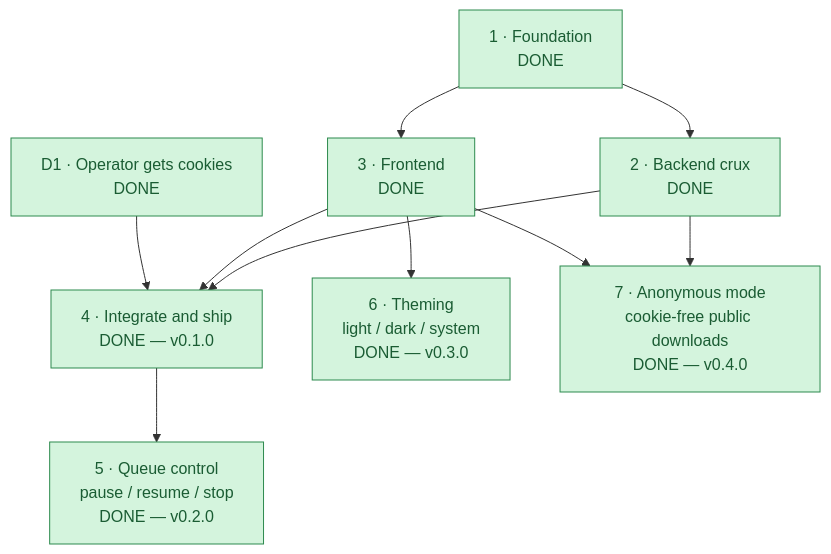
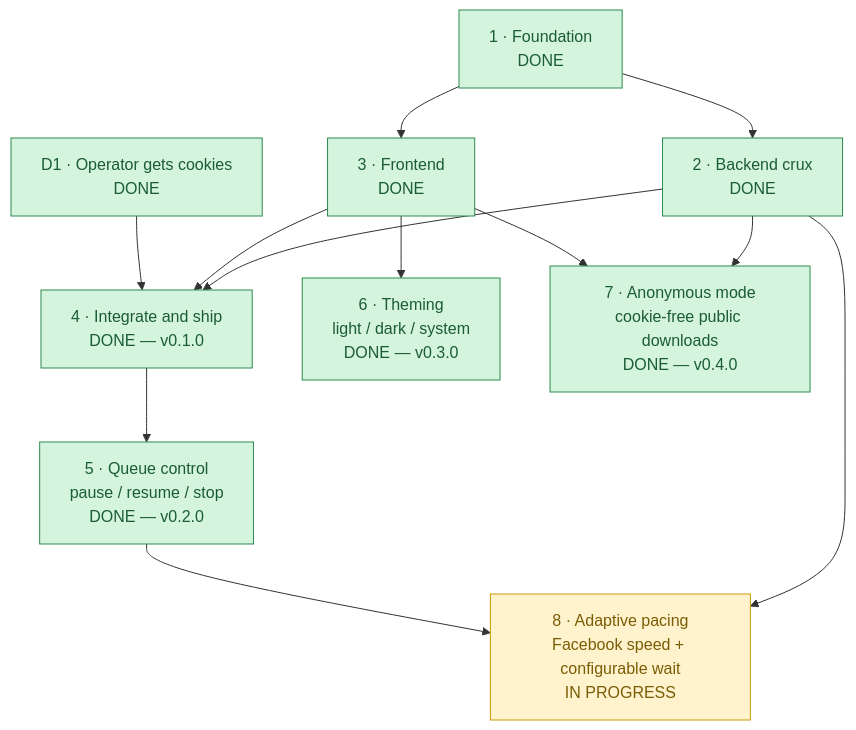
The diagram in ROADMAP.md (lumduan/gallery-dl-web), drawn with Mermaid before and after one commit. The commit also changed other lines of this file and 30 other files, not shown here.

````diff
--- a/ROADMAP.md
+++ b/ROADMAP.md
@@ -8,25 +8,28 @@
 ```mermaid
 flowchart TD
     P1["1 · Foundation<br/>DONE"] --> P2["2 · Backend crux<br/>DONE"]
     P1 --> P3["3 · Frontend<br/>DONE"]
     P2 --> P4["4 · Integrate and ship<br/>DONE — v0.1.0"]
     P3 --> P4
     D1["D1 · Operator gets cookies<br/>DONE"] --> P4
     P4 --> P5["5 · Queue control<br/>pause / resume / stop<br/>DONE — v0.2.0"]
     P3 --> P6["6 · Theming<br/>light / dark / system<br/>DONE — v0.3.0"]
     P2 --> P7["7 · Anonymous mode<br/>cookie-free public downloads<br/>DONE — v0.4.0"]
     P3 --> P7
+    P2 --> P8["8 · Adaptive pacing<br/>Facebook speed + configurable wait<br/>IN PROGRESS"]
+    P5 --> P8
 
     classDef done     fill:#d4f4dd,stroke:#2d8a4e,color:#1a5c33
     classDef active   fill:#fff3cd,stroke:#cc9a06,color:#7a5c04
     classDef decision fill:#fde0e0,stroke:#d05555,color:#8f2e2e
 
     class P1 done
     class P2 done
     class P3 done
     class P4 done
     class P5 done
     class P6 done
     class D1 done
     class P7 done
+    class P8 active
 ```
````
